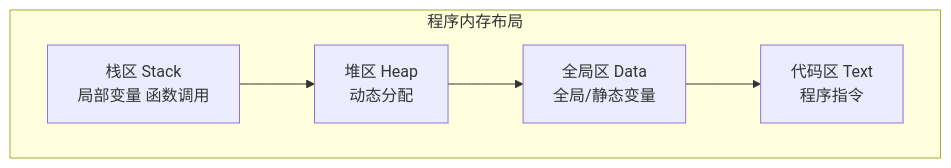
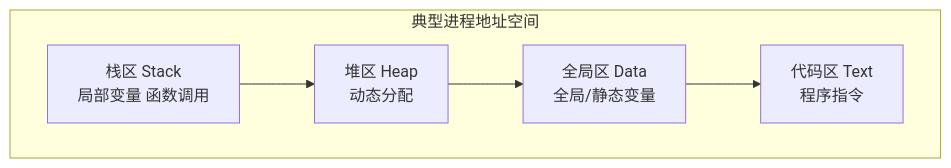
One commit to mlbo/cpp_learning changed the fourth of 6 diagrams in week_01/day_01/README.md. Above: the diagram before and after it, drawn with Mermaid. The commit also changed other lines of this file and 675 other files, not shown here.

````diff
--- a/week_01/day_01/README.md
+++ b/week_01/day_01/README.md
@@ -129,10 +395,10 @@
 ```mermaid
 graph TB
-    subgraph 程序内存布局
+    subgraph 典型进程地址空间
         A["栈区 Stack<br/>局部变量 函数调用"]
         B["堆区 Heap<br/>动态分配"]
         C["全局区 Data<br/>全局/静态变量"]
         D["代码区 Text<br/>程序指令"]
     end
     A --> B --> C --> D
 ```
````
